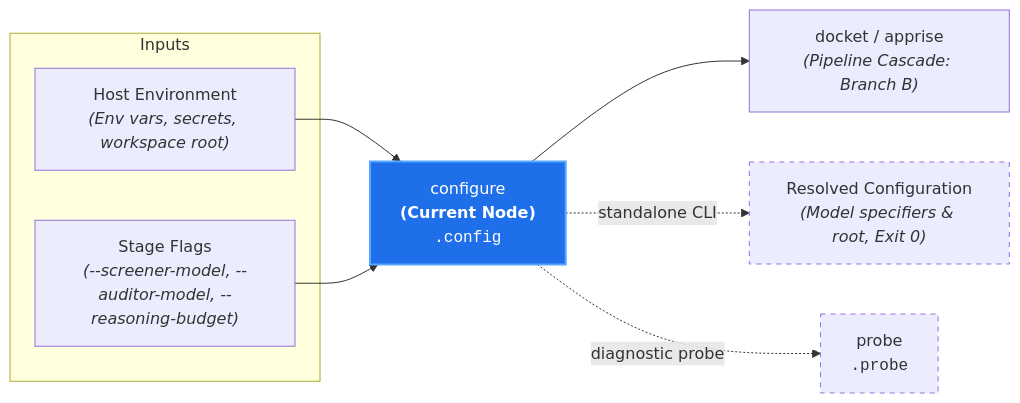
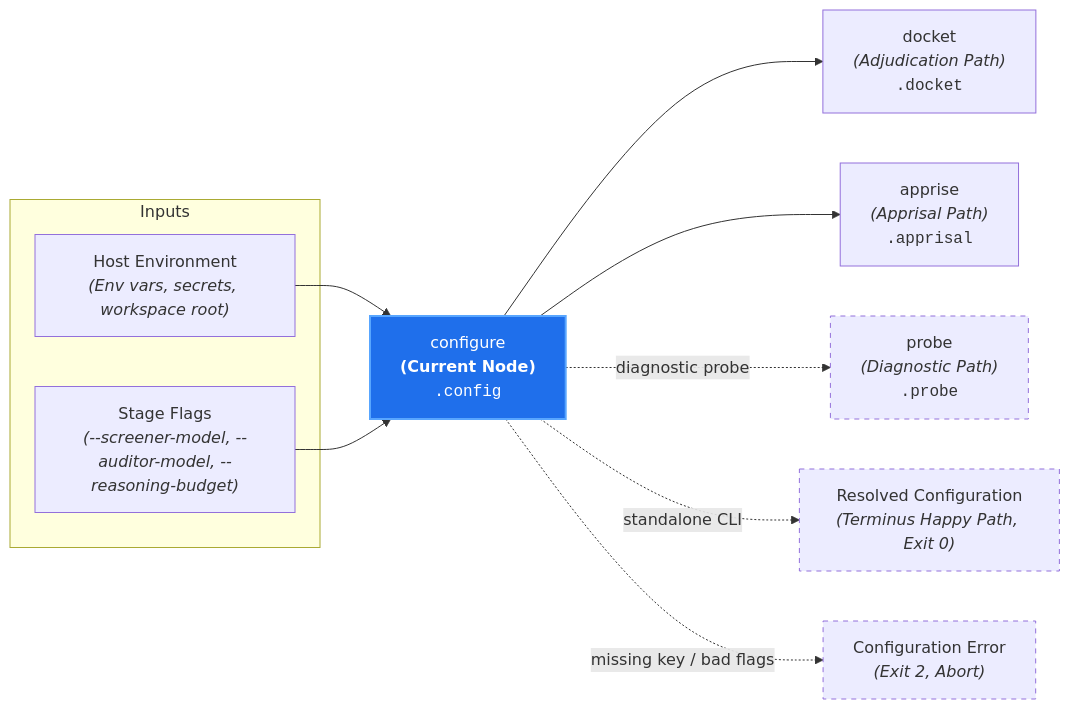
One commit to PAIR-code/canon-clerk changed the diagram in docs/architecture/nodes/configure.md. Above: the diagram before and after it, drawn with Mermaid.

Commit message:
docs(architecture): differentiate 5 distinct output paths in configure node diagram

````diff
--- a/docs/architecture/nodes/configure.md
+++ b/docs/architecture/nodes/configure.md
@@ -21,18 +21,21 @@
 ```mermaid
 flowchart LR
     subgraph Inputs["Inputs"]
         Env["Host Environment<br/><i>(Env vars, secrets, workspace root)</i>"]
         Params["Stage Flags<br/><i>(--screener-model, --auditor-model, --reasoning-budget)</i>"]
     end
 
     Env --> Config["configure<br/><b>(Current Node)</b><br/><code>.config</code>"]
     Params --> Config
 
-    Config --> Cascade["docket / apprise<br/><i>(Pipeline Cascade: Branch B)</i>"]
-    Config -. "standalone CLI" .-> ConfigReport["Resolved Configuration<br/><i>(Model specifiers & root, Exit 0)</i>"]
-    Config -. "diagnostic probe" .-> Probe["probe<br/><code>.probe</code>"]
+    Config --> Docket["docket<br/><i>(Adjudication Path)</i><br/><code>.docket</code>"]
+    Config --> Apprise["apprise<br/><i>(Apprisal Path)</i><br/><code>.apprisal</code>"]
+    Config -. "diagnostic probe" .-> Probe["probe<br/><i>(Diagnostic Path)</i><br/><code>.probe</code>"]
+    Config -. "standalone CLI" .-> ConfigReport["Resolved Configuration<br/><i>(Terminus Happy Path, Exit 0)</i>"]
+    Config -. "missing key / bad flags" .-> Error["Configuration Error<br/><i>(Exit 2, Abort)</i>"]
 
     style Config fill:#1f6feb,stroke:#58a6ff,stroke-width:2px,color:#fff
     style ConfigReport stroke-dasharray: 5 5
     style Probe stroke-dasharray: 5 5
+    style Error stroke-dasharray: 5 5
 ```
````
